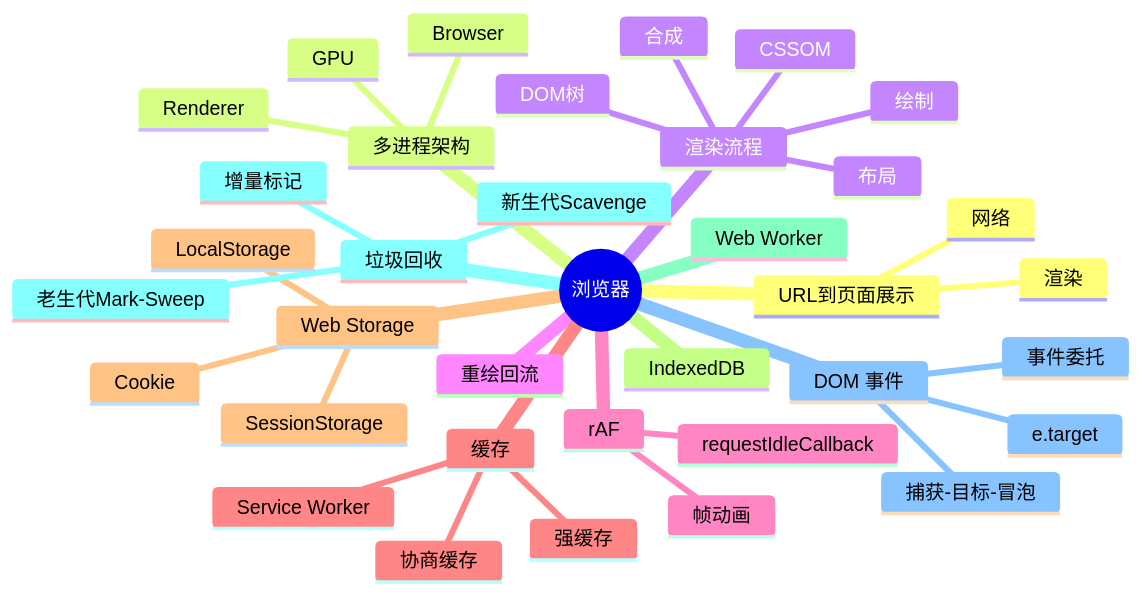
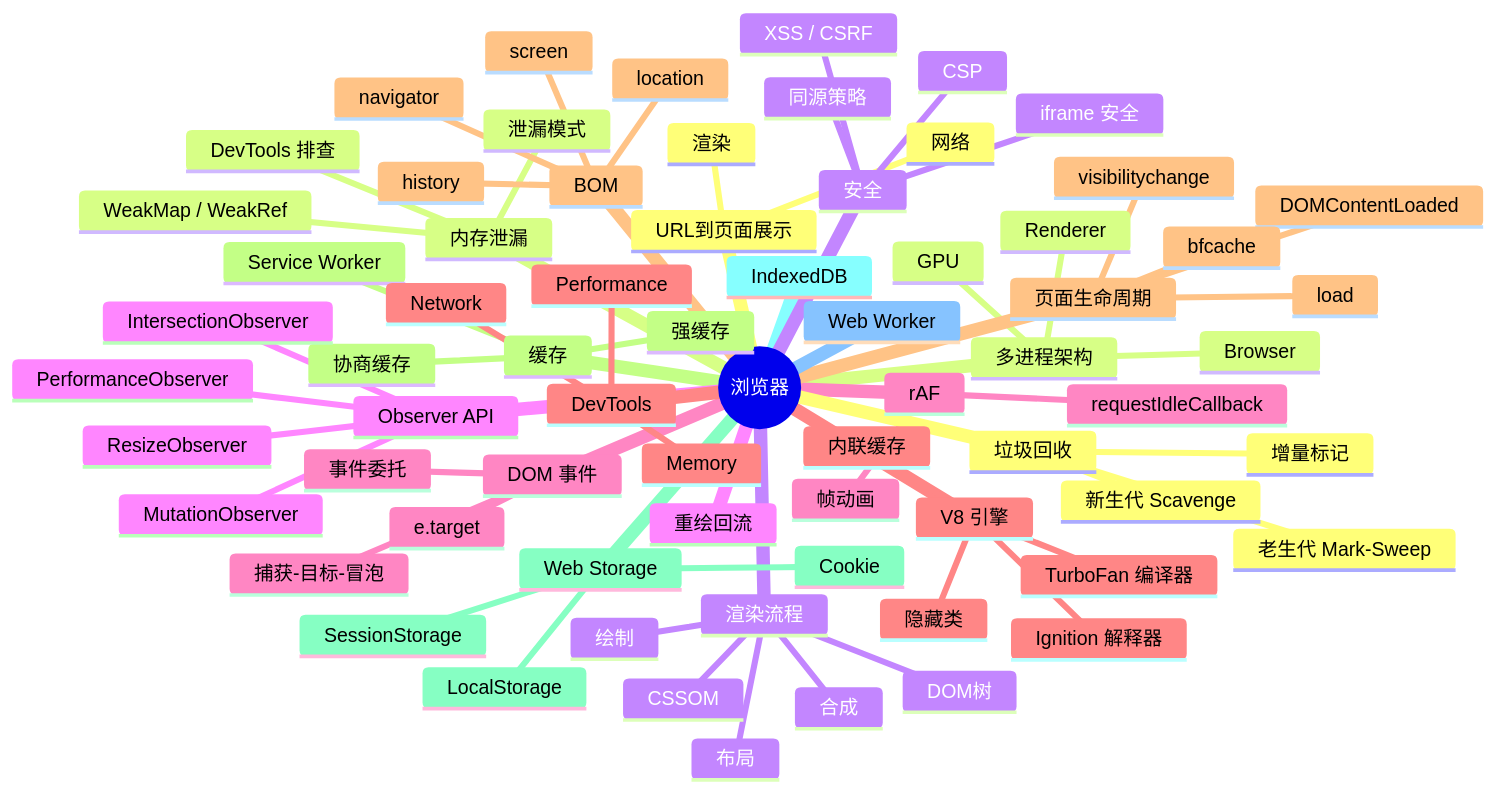
Before and after one commit to zjh42139/interview-notes: the diagram in docs/浏览器/index.md, drawn with Mermaid. The commit also changed other lines of this file and 12 other files, not shown here.

````diff
--- a/docs/浏览器/index.md
+++ b/docs/浏览器/index.md
@@ -9,39 +9,72 @@
 ```mermaid
 mindmap
   root((浏览器))
     URL到页面展示
       网络
       渲染
     多进程架构
       Browser
       Renderer
       GPU
     渲染流程
       DOM树
       CSSOM
       布局
       绘制
       合成
     重绘回流
     rAF
       帧动画
       requestIdleCallback
+    V8 引擎
+      Ignition 解释器
+      TurboFan 编译器
+      隐藏类
+      内联缓存
+    页面生命周期
+      DOMContentLoaded
+      load
+      visibilitychange
+      bfcache
     缓存
       强缓存
       协商缓存
       Service Worker
     Web Storage
       Cookie
       LocalStorage
       SessionStorage
     IndexedDB
     Web Worker
     垃圾回收
-      新生代Scavenge
-      老生代Mark-Sweep
+      新生代 Scavenge
+      老生代 Mark-Sweep
       增量标记
+    内存泄漏
+      泄漏模式
+      WeakMap / WeakRef
+      DevTools 排查
+    安全
+      同源策略
+      XSS / CSRF
+      CSP
+      iframe 安全
+    Observer API
+      MutationObserver
+      IntersectionObserver
+      ResizeObserver
+      PerformanceObserver
     DOM 事件
       捕获-目标-冒泡
       事件委托
       e.target
+    DevTools
+      Performance
+      Memory
+      Network
+    BOM
+      navigator
+      screen
+      location
+      history
 ```
````
